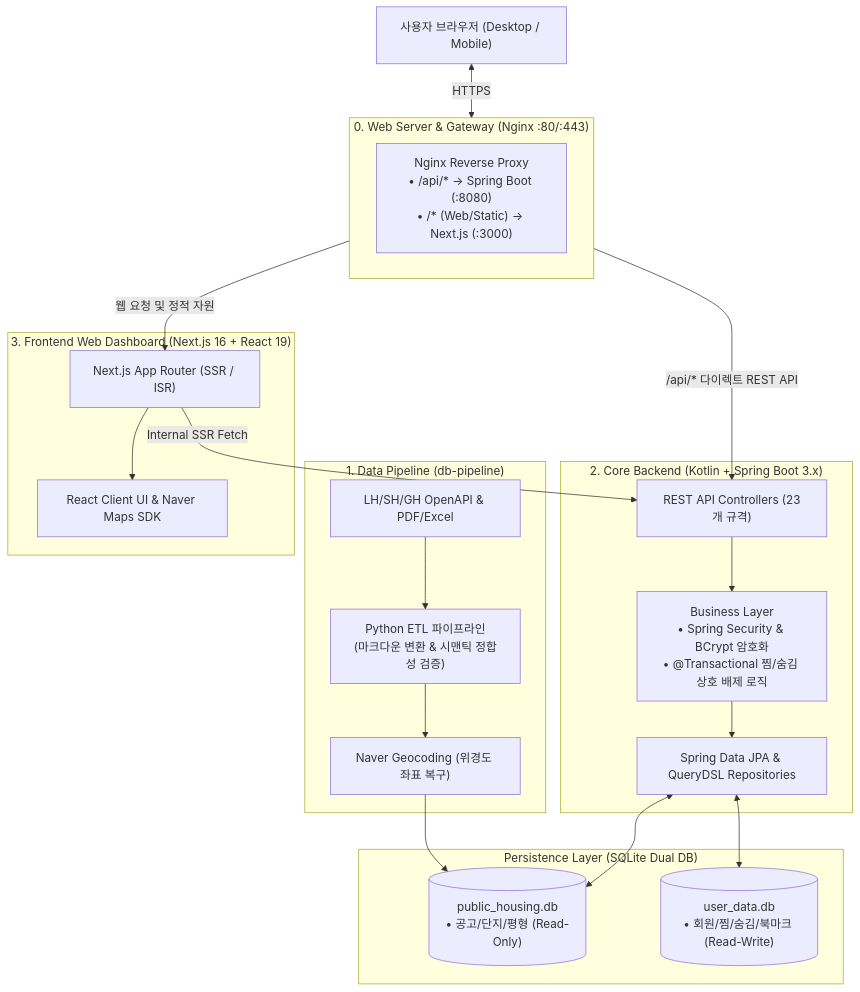
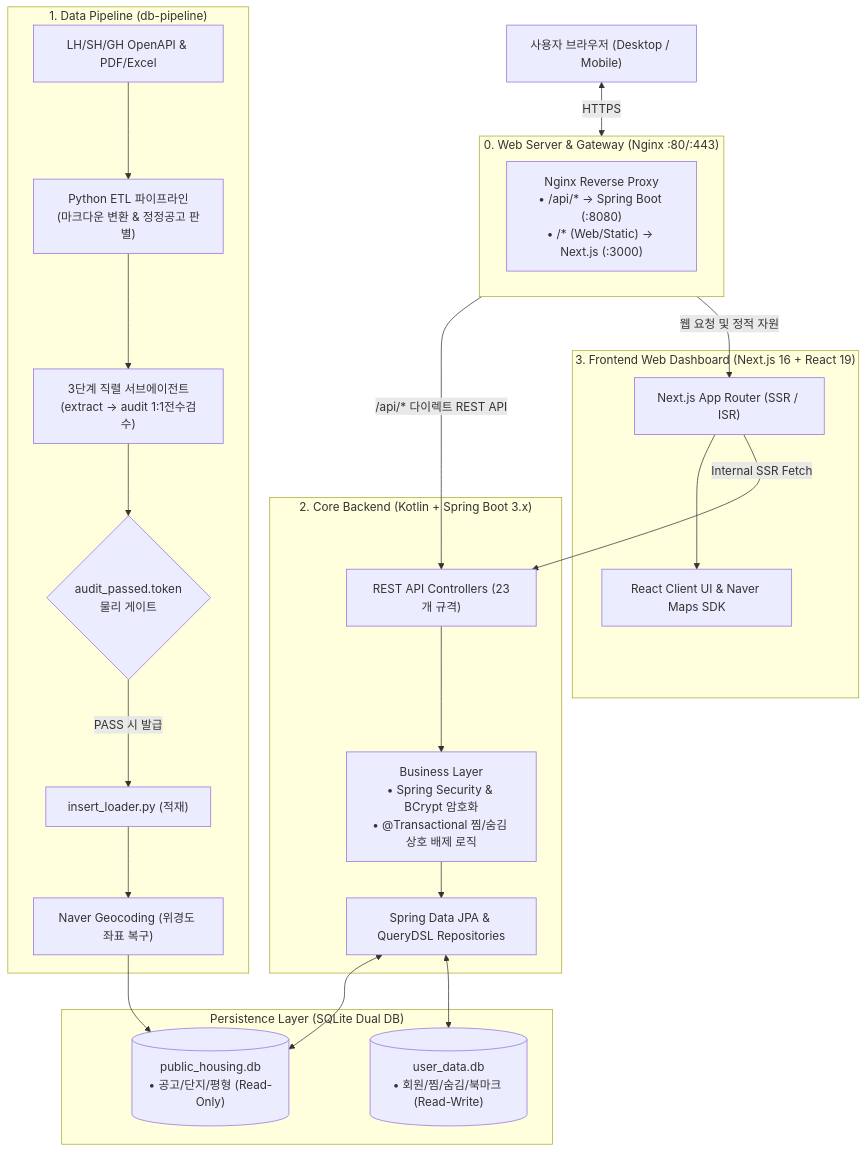
The diagram in README.md (JaeMin1130/pleasehome), drawn with Mermaid before and after one commit. The commit also changed other lines of this file and 7 other files, not shown here.

````diff
--- a/README.md
+++ b/README.md
@@ -23,44 +23,47 @@
 ```mermaid
 flowchart TB
     %% 0. 웹 서버 및 리버스 프록시
     subgraph Gateway["0. Web Server & Gateway (Nginx :80/:443)"]
         NginxRoute["Nginx Reverse Proxy<br>• /api/* → Spring Boot (:8080)<br>• /* (Web/Static) → Next.js (:3000)"]
     end
 
     %% 1. 데이터 파이프라인
     subgraph Pipeline["1. Data Pipeline (db-pipeline)"]
-        LH_API["LH/SH/GH OpenAPI & PDF/Excel"] --> Python_ETL["Python ETL 파이프라인<br>(마크다운 변환 & 시맨틱 정합성 검증)"]
-        Python_ETL --> Geo["Naver Geocoding (위경도 좌표 복구)"]
+        LH_API["LH/SH/GH OpenAPI & PDF/Excel"] --> Python_ETL["Python ETL 파이프라인<br>(마크다운 변환 & 정정공고 판별)"]
+        Python_ETL --> AgentPipeline["3단계 직렬 서브에이전트<br>(extract → audit 1:1전수검수)"]
+        AgentPipeline --> TokenGate{"audit_passed.token<br>물리 게이트"}
+        TokenGate -->|PASS 시 발급| Loader["insert_loader.py (적재)"]
+        Loader --> Geo["Naver Geocoding (위경도 좌표 복구)"]
     end
 
     %% 2. 영속성 계층 (Dual DB)
     subgraph Storage["Persistence Layer (SQLite Dual DB)"]
         HousingDB[("public_housing.db<br>• 공고/단지/평형 (Read-Only)")]
         UserDB[("user_data.db<br>• 회원/찜/숨김/북마크 (Read-Write)")]
     end
 
     %% 3. 백엔드 코어
     subgraph Backend["2. Core Backend (Kotlin + Spring Boot 3.x)"]
         Controller["REST API Controllers (23개 규격)"]
         BizLogic["Business Layer<br>• Spring Security & BCrypt 암호화<br>• @Transactional 찜/숨김 상호 배제 로직"]
         Repo["Spring Data JPA & QueryDSL Repositories"]
         Controller --> BizLogic --> Repo
     end
 
     %% 4. 프론트엔드 대시보드
     subgraph Frontend["3. Frontend Web Dashboard (Next.js 16 + React 19)"]
         SSR["Next.js App Router (SSR / ISR)"]
         ClientUI["React Client UI & Naver Maps SDK"]
         SSR --> ClientUI
     end
 
     %% 데이터 흐름 연결
     Geo --> HousingDB
     Repo <--> HousingDB
     Repo <--> UserDB
 
     Browser["사용자 브라우저 (Desktop / Mobile)"] <-->|HTTPS| Gateway
     Gateway -->|/api/* 다이렉트 REST API| Controller
     Gateway -->|웹 요청 및 정적 자원| SSR
     SSR -->|Internal SSR Fetch| Controller
 ```
````
